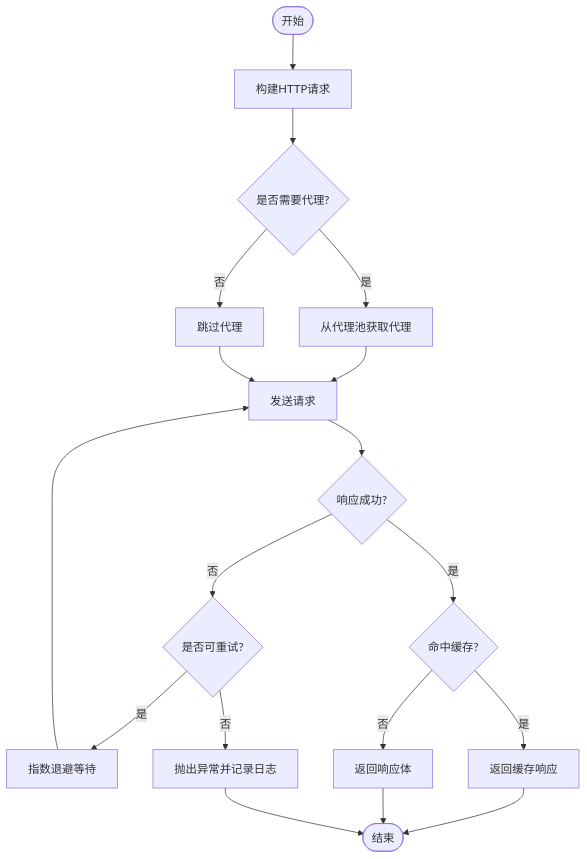
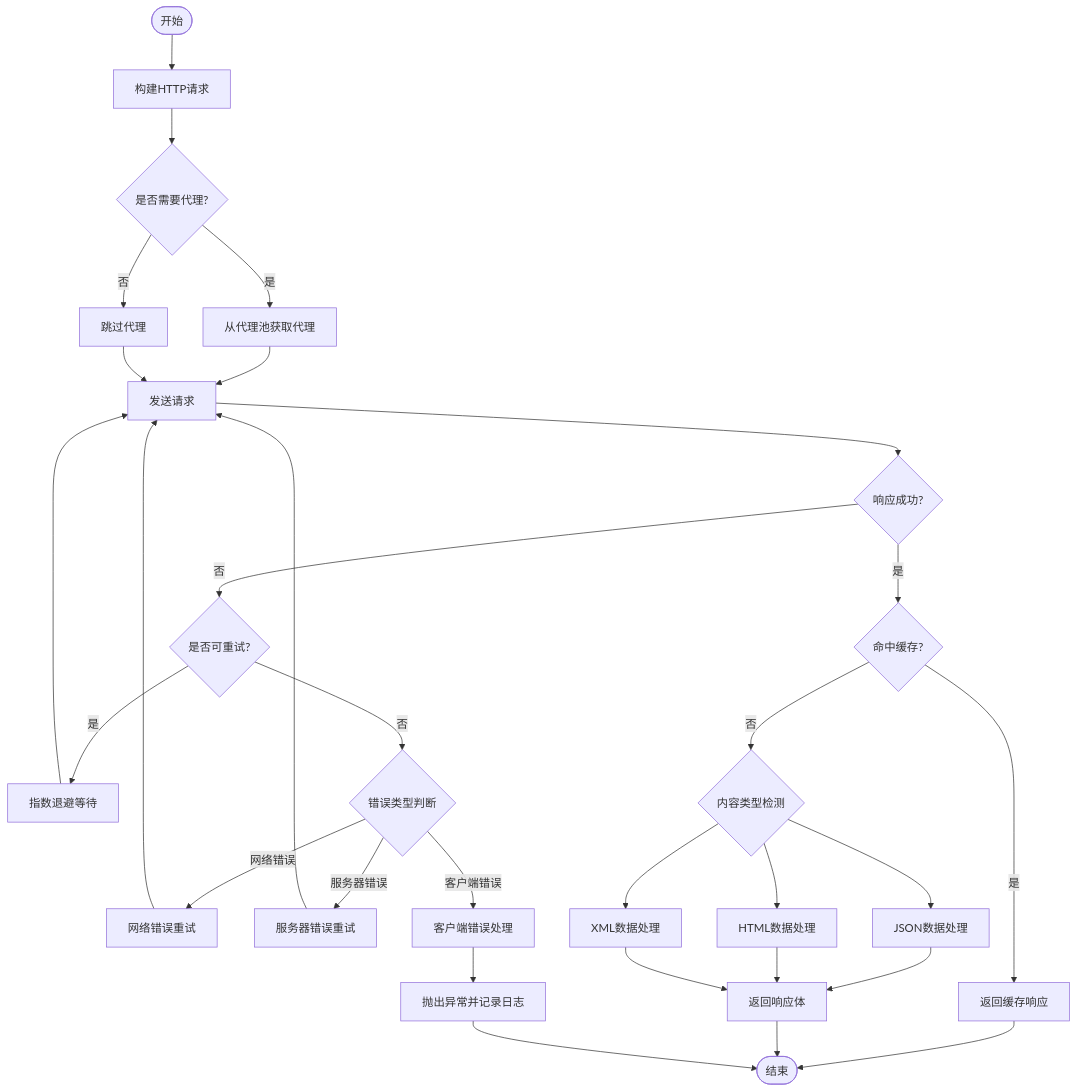
The third of 9 diagrams in .qoder/repowiki/zh/content/核心模块/网页爬虫系统.md (Yyyyyylor/monitor1), drawn with Mermaid before and after one commit. The commit also changed other lines of this file and 16 other files, not shown here.

````diff
--- a/.qoder/repowiki/zh/content/核心模块/网页爬虫系统.md
+++ b/.qoder/repowiki/zh/content/核心模块/网页爬虫系统.md
@@ -170,20 +186,32 @@
 ```mermaid
 flowchart TD
 Start(["开始"]) --> BuildReq["构建HTTP请求"]
 BuildReq --> ChooseProxy{"是否需要代理?"}
 ChooseProxy --> |是| GetProxy["从代理池获取代理"]
 ChooseProxy --> |否| SkipProxy["跳过代理"]
 GetProxy --> SendReq["发送请求"]
 SkipProxy --> SendReq
 SendReq --> RespOK{"响应成功?"}
 RespOK --> |否| RetryCheck{"是否可重试?"}
 RetryCheck --> |是| Backoff["指数退避等待"]
 Backoff --> SendReq
-RetryCheck --> |否| RaiseErr["抛出异常并记录日志"]
+RetryCheck --> |否| ErrorType{"错误类型判断"}
+ErrorType --> |网络错误| NetworkRetry["网络错误重试"]
+ErrorType --> |服务器错误| ServerRetry["服务器错误重试"]
+ErrorType --> |客户端错误| ClientError["客户端错误处理"]
+NetworkRetry --> SendReq
+ServerRetry --> SendReq
+ClientError --> RaiseErr["抛出异常并记录日志"]
 RespOK --> |是| CacheCheck{"命中缓存?"}
 CacheCheck --> |是| ReturnCache["返回缓存响应"]
-CacheCheck --> |否| ReturnResp["返回响应体"]
+CacheCheck --> |否| ContentType{"内容类型检测"}
+ContentType --> JSON["JSON数据处理"]
+ContentType --> HTML["HTML数据处理"]
+ContentType --> XML["XML数据处理"]
+JSON --> ReturnResp["返回响应体"]
+HTML --> ReturnResp
+XML --> ReturnResp
 ReturnCache --> End(["结束"])
 ReturnResp --> End
 RaiseErr --> End
 ```
````
